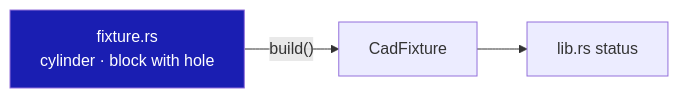
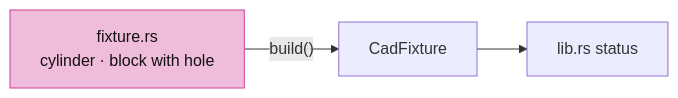
The tenth of 10 diagrams in session_viewer/docs/07-boundaries.md (petrasvestartas/session), drawn with Mermaid before and after one commit. The commit also changed other lines of this file and 23 other files, not shown here.

Commit message:
Course: Mermaid nodes white with black text, highlighted nodes pink, white arrows and edge labels on the black ground

````diff
--- a/session_viewer/docs/07-boundaries.md
+++ b/session_viewer/docs/07-boundaries.md
@@ -192,6 +192,6 @@
 ```mermaid
 flowchart LR
     X["fixture.rs<br/>cylinder · block with hole"] -- "build()" --> F["CadFixture"]
     F --> L["lib.rs status"]
-    style X fill:#1a1eb2,color:#fff
+    style X fill:#f0bcdb,stroke:#ce4095,color:#111
 ```
````
